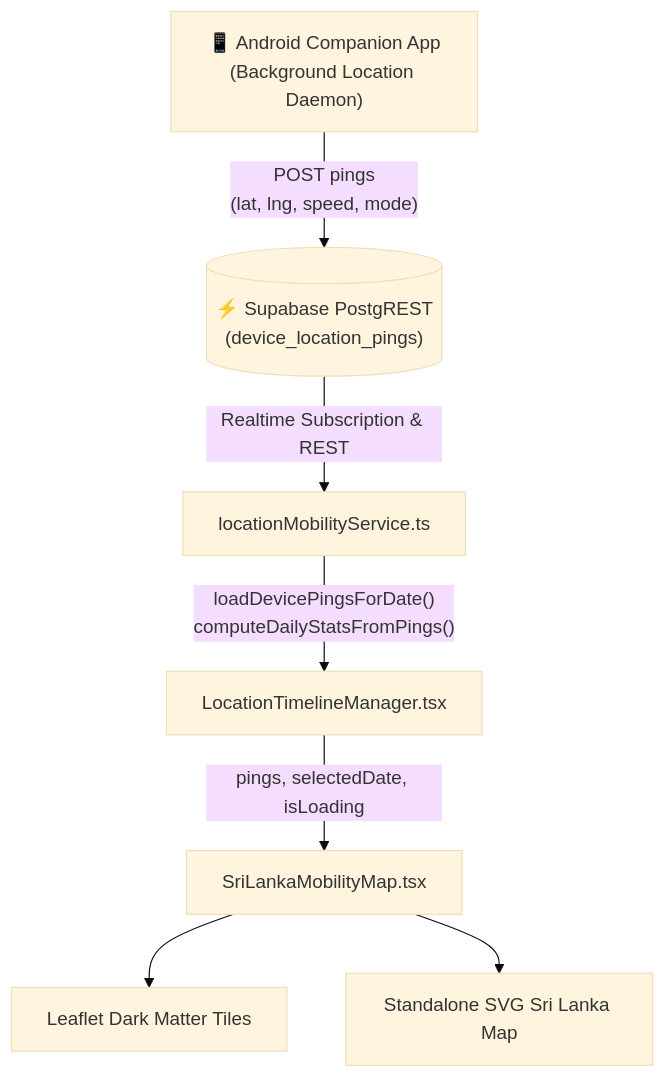
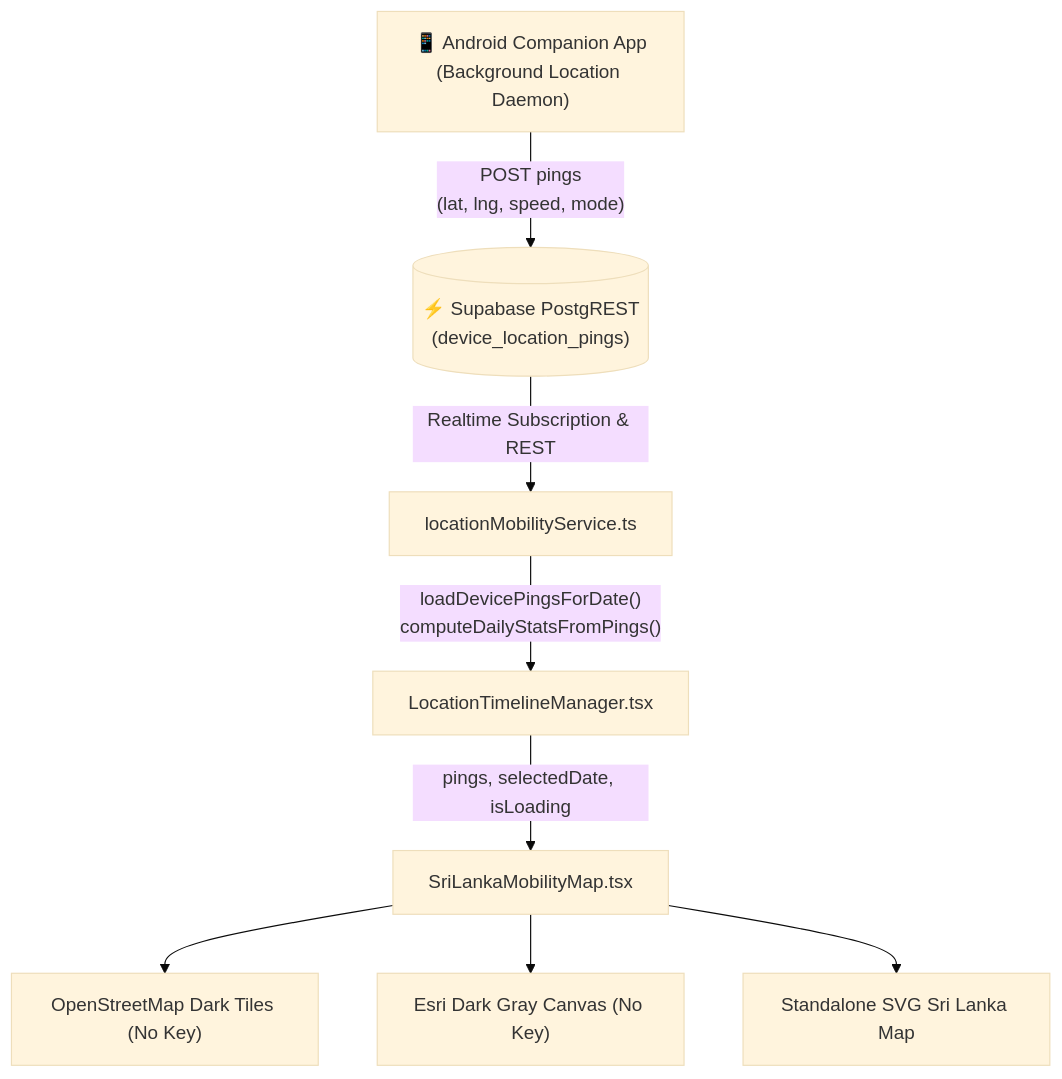
Before and after one commit to layanmoyura/ai-finance-tracker: the diagram in docs/FEATURES_UPDATE.md, drawn with Mermaid (base theme). The commit also changed other lines of this file and 2 other files, not shown here.

First line of the commit message:
fix(map): replace restricted CARTO tiles with zero-key dark basemaps

````diff
--- a/docs/FEATURES_UPDATE.md
+++ b/docs/FEATURES_UPDATE.md
@@ -59,9 +61,10 @@
 ```mermaid
 flowchart TD
     Android["📱 Android Companion App\n(Background Location Daemon)"] -->|"POST pings\n(lat, lng, speed, mode)"| Supabase[("⚡ Supabase PostgREST\n(device_location_pings)")]
     Supabase -->|"Realtime Subscription & REST"| LocationService["locationMobilityService.ts"]
     LocationService -->|"loadDevicePingsForDate()\ncomputeDailyStatsFromPings()"| TimelineManager["LocationTimelineManager.tsx"]
     TimelineManager -->|"pings, selectedDate, isLoading"| MobilityMap["SriLankaMobilityMap.tsx"]
-    MobilityMap --> Leaflet["Leaflet Dark Matter Tiles"]
+    MobilityMap --> OSMDark["OpenStreetMap Dark Tiles (No Key)"]
+    MobilityMap --> Esri["Esri Dark Gray Canvas (No Key)"]
     MobilityMap --> SvgMap["Standalone SVG Sri Lanka Map"]
 ```
````
